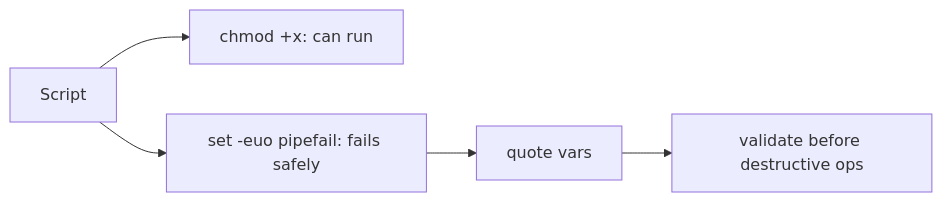
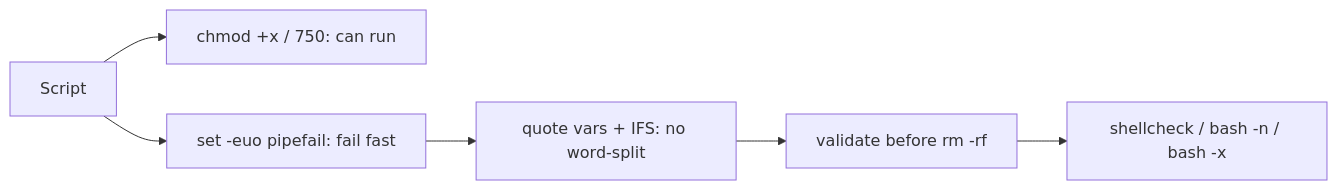
The diagram in 10-shell-scripting/script-permissions.md (cloud-prakhar/learning-linux), drawn with Mermaid before and after one commit. The commit also changed other lines of this file and 69 other files, not shown here.

````diff
--- a/10-shell-scripting/script-permissions.md
+++ b/10-shell-scripting/script-permissions.md
@@ -28,7 +34,8 @@
 ```mermaid
 flowchart LR
-    S[Script] --> P[chmod +x: can run]
-    S --> Safe[set -euo pipefail: fails safely]
-    Safe --> Quote[quote vars]
-    Quote --> Guard[validate before destructive ops]
+    S[Script] --> P["chmod +x / 750: can run"]
+    S --> Safe["set -euo pipefail: fail fast"]
+    Safe --> Quote["quote vars + IFS: no word-split"]
+    Quote --> Guard["validate before rm -rf"]
+    Guard --> Lint["shellcheck / bash -n / bash -x"]
 ```
````
